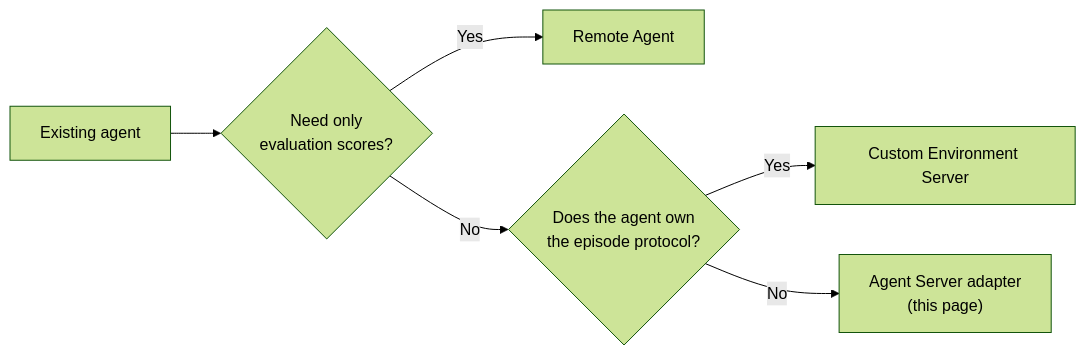
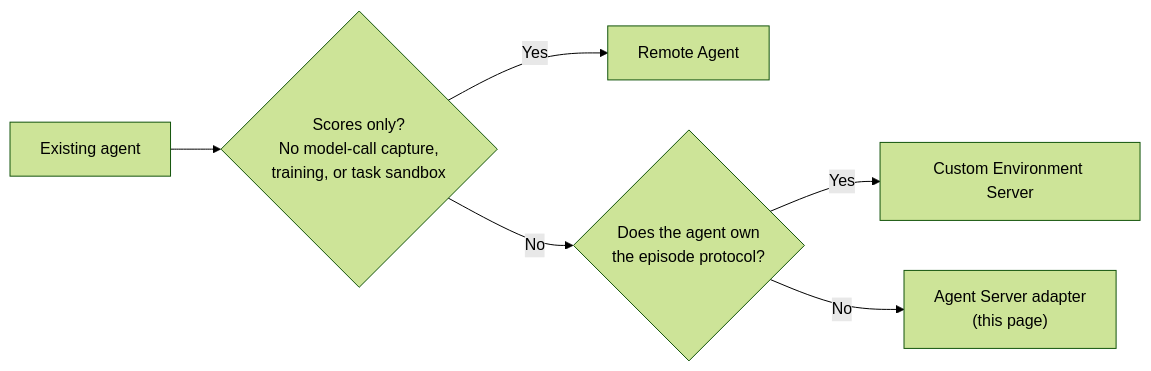
One commit to NVIDIA-NeMo/Gym changed the first of 3 diagrams in fern/versions/latest/pages/agent-server/add-or-update-a-harness.mdx. Above: the diagram before and after it, drawn with Mermaid (forest theme). The commit also changed other lines of this file, not shown here.

Commit message:
docs(agent): spell out what the Remote Agent path gives up
"Need only evaluation scores?" read as if other paths did not produce
scores. Name the missing capabilities in the decision node and lead the
Remote Agent limits with "Scores only" followed by each "No ...".

````diff
--- a/fern/versions/latest/pages/agent-server/add-or-update-a-harness.mdx
+++ b/fern/versions/latest/pages/agent-server/add-or-update-a-harness.mdx
@@ -33,8 +33,8 @@
 ```mermaid
 flowchart LR
-    AGENT["Existing agent"] --> SCORES{"Need only<br/>evaluation scores?"}
+    AGENT["Existing agent"] --> SCORES{"Scores only?<br/>No model-call capture,<br/>training, or task sandbox"}
     SCORES -->|Yes| REMOTE["Remote Agent"]
     SCORES -->|No| EPISODE{"Does the agent own<br/>the episode protocol?"}
     EPISODE -->|Yes| ENV["Custom Environment Server"]
     EPISODE -->|No| ADAPTER["Agent Server adapter<br/>(this page)"]
 ```
````
